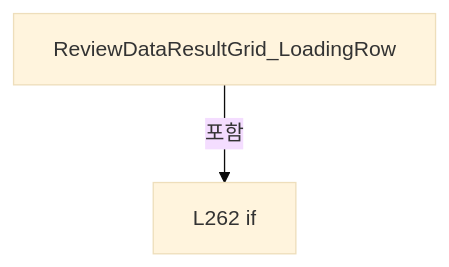
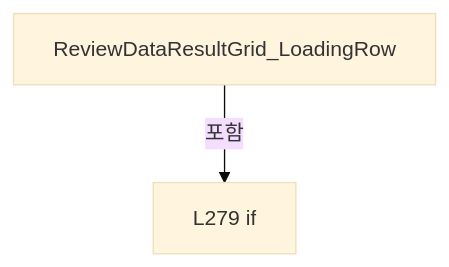
Diagram 12 of 18 in A3 LD Code Ref/files/Drilling.UI/Views/CReviewDataView.xaml.cs.md (kjuws10-rgb/Shared), drawn with Mermaid (base theme) before and after one commit. The commit also changed other lines of this file and 2071 other files, not shown here.

Commit message:
docs(a3): update 11.19.0 architecture and code reference

````diff
--- a/A3 LD Code Ref/files/Drilling.UI/Views/CReviewDataView.xaml.cs.md
+++ b/A3 LD Code Ref/files/Drilling.UI/Views/CReviewDataView.xaml.cs.md
@@ -970,6 +1085,6 @@
 ```mermaid
 flowchart TD
  M["ReviewDataResultGrid_LoadingRow"]
- N0["L262 if"]
+ N0["L279 if"]
  M -->|포함| N0
 ```
````
